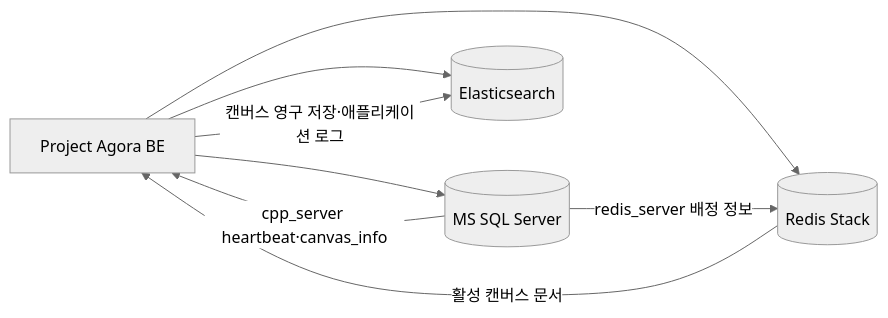
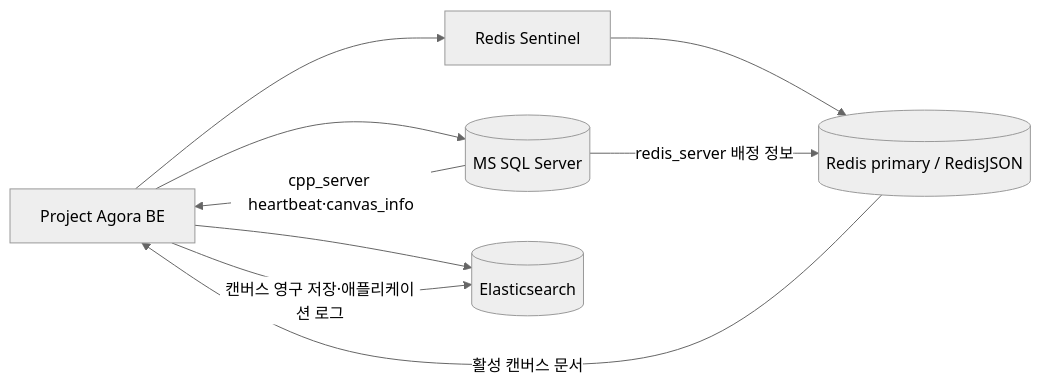
The diagram in README.md (LHS11110/project-agora-DB), drawn with Mermaid (neutral theme) before and after one commit. The commit also changed other lines of this file and 27 other files, not shown here.

Commit message:
Migrate Redis to Sentinel HA and update documentation

````diff
--- a/README.md
+++ b/README.md
@@ -18,10 +18,11 @@
 ```mermaid
 flowchart LR
     BE[Project Agora BE] --> MSSQL[(MS SQL Server)]
-    BE --> Redis[(Redis Stack)]
+    BE --> Sentinel[Redis Sentinel]
+    Sentinel --> Redis[(Redis primary / RedisJSON)]
     BE --> ES[(Elasticsearch)]
     MSSQL -->|redis_server 배정 정보| Redis
     MSSQL -->|cpp_server heartbeat·canvas_info| BE
     Redis -->|활성 캔버스 문서| BE
     BE -->|캔버스 영구 저장·애플리케이션 로그| ES
 ```
````
